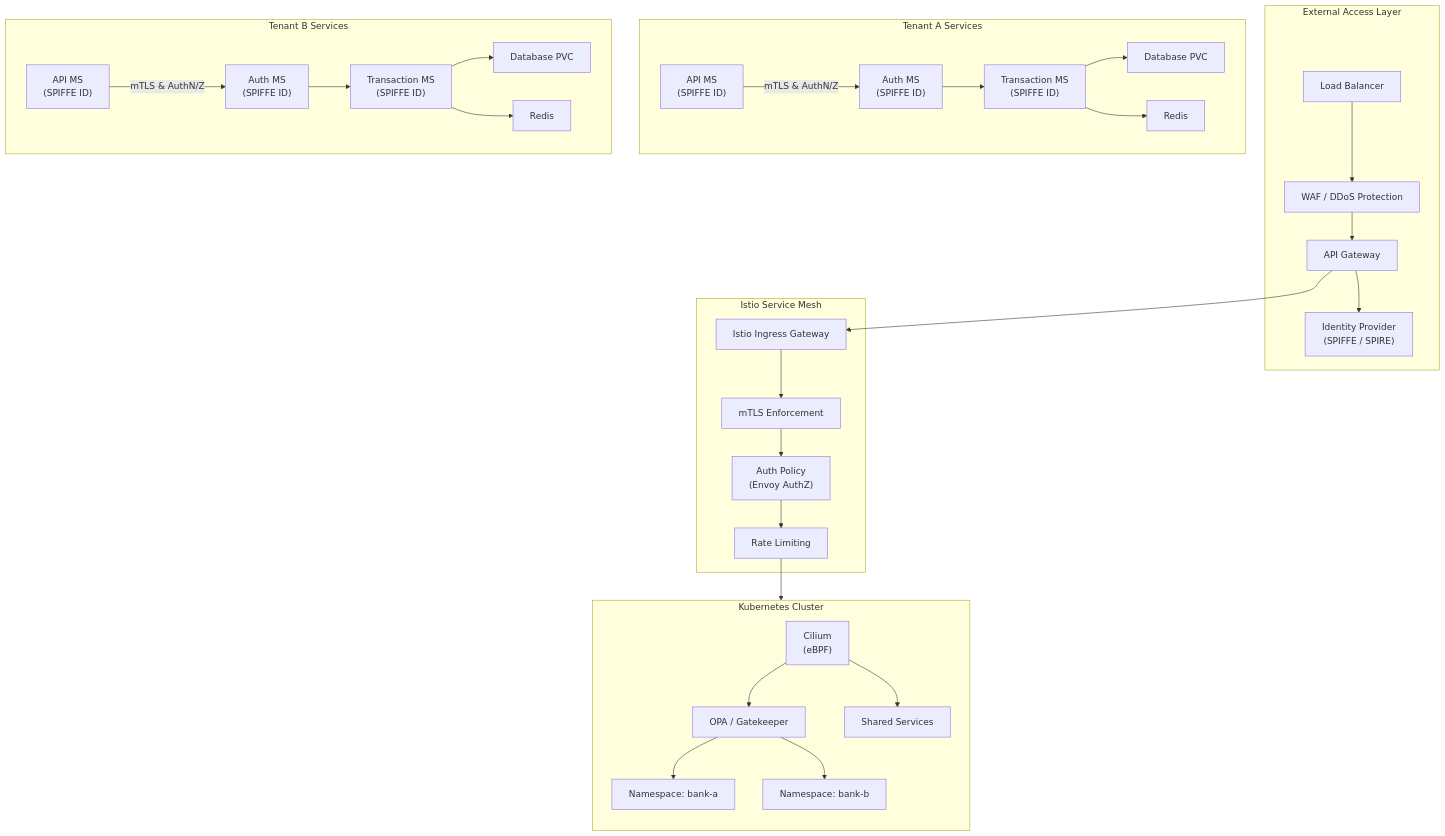
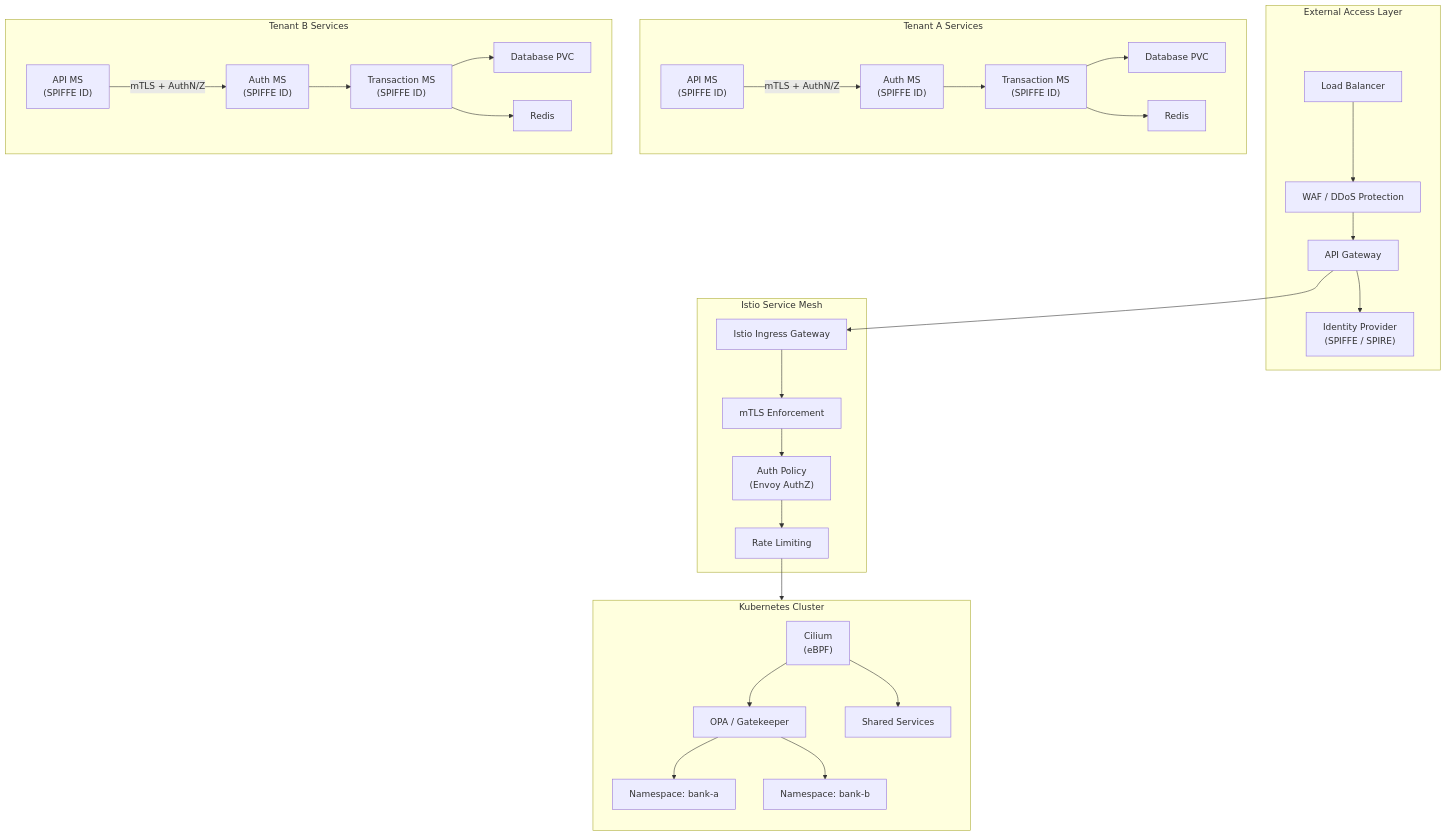
The diagram in modeling/k8s/readme.md (babywyrm/sysadmin), drawn with Mermaid before and after one commit. The commit also changed other lines of this file, not shown here.

````diff
--- a/modeling/k8s/readme.md
+++ b/modeling/k8s/readme.md
@@ -2,69 +2,61 @@
 ```mermaid
-
 flowchart TB
   subgraph External_Access_Layer[External Access Layer]
     LB["Load Balancer"]
     WAF["WAF / DDoS Protection"]
     APIGW["API Gateway"]
-    IDP["Identity Provider
-(SPIFFE / SPIRE)"]
+    IDP["Identity Provider<br/>(SPIFFE / SPIRE)"]
   end
 
   subgraph Istio_Service_Mesh[Istio Service Mesh]
     IGW["Istio Ingress Gateway"]
     mTLS["mTLS Enforcement"]
-    Authz["Auth Policy
-(Envoy AuthZ)"]
+    Authz["Auth Policy<br/>(Envoy AuthZ)"]
     Rate["Rate Limiting"]
   end
 
   subgraph Kubernetes_Cluster[Kubernetes Cluster]
     direction TB
-    Cilium["Cilium
-(eBPF)"]
+    Cilium["Cilium<br/>(eBPF)"]
     OPA["OPA / Gatekeeper"]
     Shared["Shared Services"]
     TenantA["Namespace: bank-a"]
     TenantB["Namespace: bank-b"]
   end
 
+  %% Flow from edge to mesh
   LB --> WAF --> APIGW --> IDP
   APIGW --> IGW
 
   IGW --> mTLS
   mTLS --> Authz
   Authz --> Rate
   Rate --> Cilium
 
   Cilium --> OPA
   OPA --> TenantA
   OPA --> TenantB
   Cilium --> Shared
 
   subgraph TenantA_Services["Tenant A Services"]
-    A_API["API MS
-(SPIFFE ID)"]
-    A_Auth["Auth MS
-(SPIFFE ID)"]
-    A_Trans["Transaction MS
-(SPIFFE ID)"]
+    A_API["API MS<br/>(SPIFFE ID)"]
+    A_Auth["Auth MS<br/>(SPIFFE ID)"]
+    A_Trans["Transaction MS<br/>(SPIFFE ID)"]
     A_DB["Database PVC"]
     A_Cache["Redis"]
-    A_API -->|"mTLS & AuthN/Z"| A_Auth --> A_Trans --> A_DB
+    A_API -->|"mTLS + AuthN/Z"| A_Auth --> A_Trans --> A_DB
     A_Trans --> A_Cache
   end
 
   subgraph TenantB_Services["Tenant B Services"]
-    B_API["API MS
-(SPIFFE ID)"]
-    B_Auth["Auth MS
-(SPIFFE ID)"]
-    B_Trans["Transaction MS
-(SPIFFE ID)"]
+    B_API["API MS<br/>(SPIFFE ID)"]
+    B_Auth["Auth MS<br/>(SPIFFE ID)"]
+    B_Trans["Transaction MS<br/>(SPIFFE ID)"]
     B_DB["Database PVC"]
     B_Cache["Redis"]
-    B_API -->|"mTLS & AuthN/Z"| B_Auth --> B_Trans --> B_DB
+    B_API -->|"mTLS + AuthN/Z"| B_Auth --> B_Trans --> B_DB
     B_Trans --> B_Cache
   end
 
+
 ```
````
